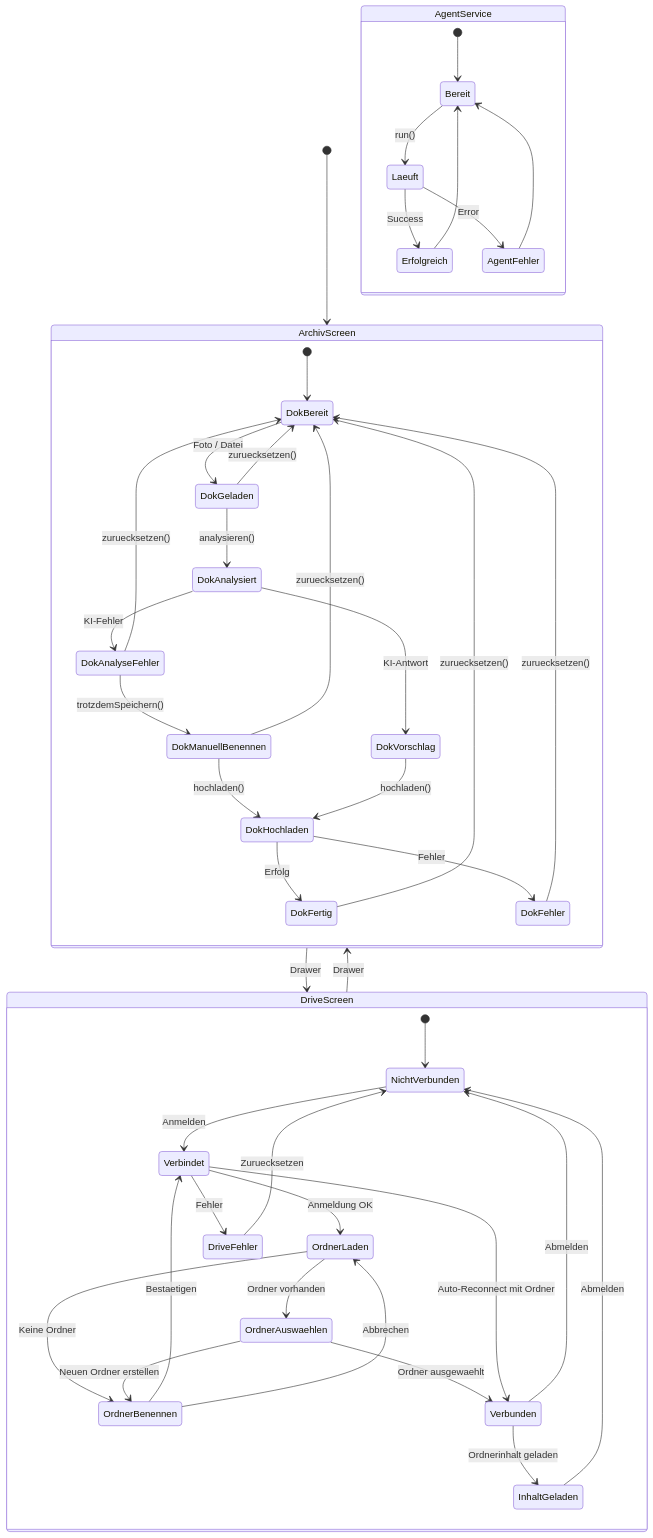
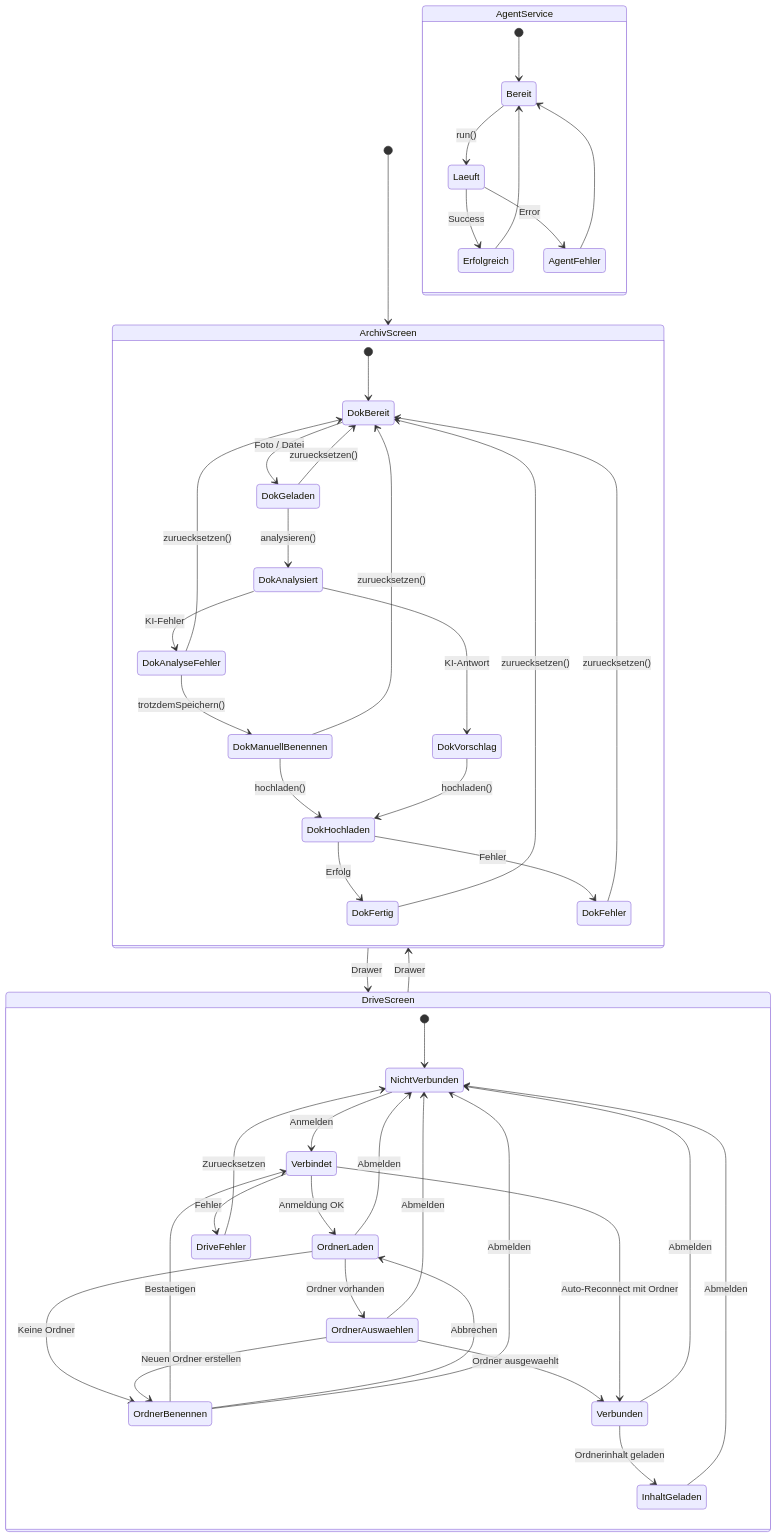
The diagram in docs/state-diagram.mmd (chrismeyer10/PhotoDrop), drawn with Mermaid before and after one commit. The commit also changed 2 other files, not shown here.

Commit message:
feat: Abmelden-Button in allen angemeldeten Drive-Zustaenden sichtbar (#33)
Der Logout-Button in der TopBar wird jetzt auch in OrdnerLaden,
OrdnerAuswaehlen und OrdnerBenennen angezeigt, nicht nur in
Verbunden und InhaltGeladen. State-Diagram und Previews aktualisiert.

```diff
--- a/docs/state-diagram.mmd
+++ b/docs/state-diagram.mmd
@@ -1,55 +1,58 @@
 %% PhotoDrop — Gesamt State Diagram
 %% Pflege: Bei jeder Aufgabe aktualisieren wenn sich Zustaende, Screens oder Flows aendern.
 %% Zeigt: App-Navigation, Screen-Zustaende, DriveViewModel-Zustaende, AgentService-Zustaende.
 %% Detail-Diagramme: drive-state-diagram.mmd, navigation-state-diagram.mmd, agent-state-diagram.mmd
 
 stateDiagram-v2
     [*] --> ArchivScreen
 
     ArchivScreen --> DriveScreen : Drawer
     DriveScreen --> ArchivScreen : Drawer
 
     state ArchivScreen {
         [*] --> DokBereit
         DokBereit --> DokGeladen : Foto / Datei
         DokGeladen --> DokAnalysiert : analysieren()
         DokGeladen --> DokBereit : zuruecksetzen()
         DokAnalysiert --> DokVorschlag : KI-Antwort
         DokAnalysiert --> DokAnalyseFehler : KI-Fehler
         DokAnalyseFehler --> DokManuellBenennen : trotzdemSpeichern()
         DokAnalyseFehler --> DokBereit : zuruecksetzen()
         DokManuellBenennen --> DokHochladen : hochladen()
         DokManuellBenennen --> DokBereit : zuruecksetzen()
         DokVorschlag --> DokHochladen : hochladen()
         DokHochladen --> DokFertig : Erfolg
         DokHochladen --> DokFehler : Fehler
         DokFertig --> DokBereit : zuruecksetzen()
         DokFehler --> DokBereit : zuruecksetzen()
     }
 
     state DriveScreen {
         [*] --> NichtVerbunden
         NichtVerbunden --> Verbindet : Anmelden
         Verbindet --> OrdnerLaden : Anmeldung OK
         OrdnerLaden --> OrdnerAuswaehlen : Ordner vorhanden
         OrdnerLaden --> OrdnerBenennen : Keine Ordner
         OrdnerAuswaehlen --> Verbunden : Ordner ausgewaehlt
         OrdnerAuswaehlen --> OrdnerBenennen : Neuen Ordner erstellen
+        OrdnerAuswaehlen --> NichtVerbunden : Abmelden
         OrdnerBenennen --> Verbindet : Bestaetigen
         OrdnerBenennen --> OrdnerLaden : Abbrechen
+        OrdnerBenennen --> NichtVerbunden : Abmelden
+        OrdnerLaden --> NichtVerbunden : Abmelden
         Verbindet --> Verbunden : Auto-Reconnect mit Ordner
         Verbindet --> DriveFehler : Fehler
         DriveFehler --> NichtVerbunden : Zuruecksetzen
         Verbunden --> InhaltGeladen : Ordnerinhalt geladen
         Verbunden --> NichtVerbunden : Abmelden
         InhaltGeladen --> NichtVerbunden : Abmelden
     }
 
     state AgentService {
         [*] --> Bereit
         Bereit --> Laeuft : run()
         Laeuft --> Erfolgreich : Success
         Laeuft --> AgentFehler : Error
         Erfolgreich --> Bereit
         AgentFehler --> Bereit
     }
```
